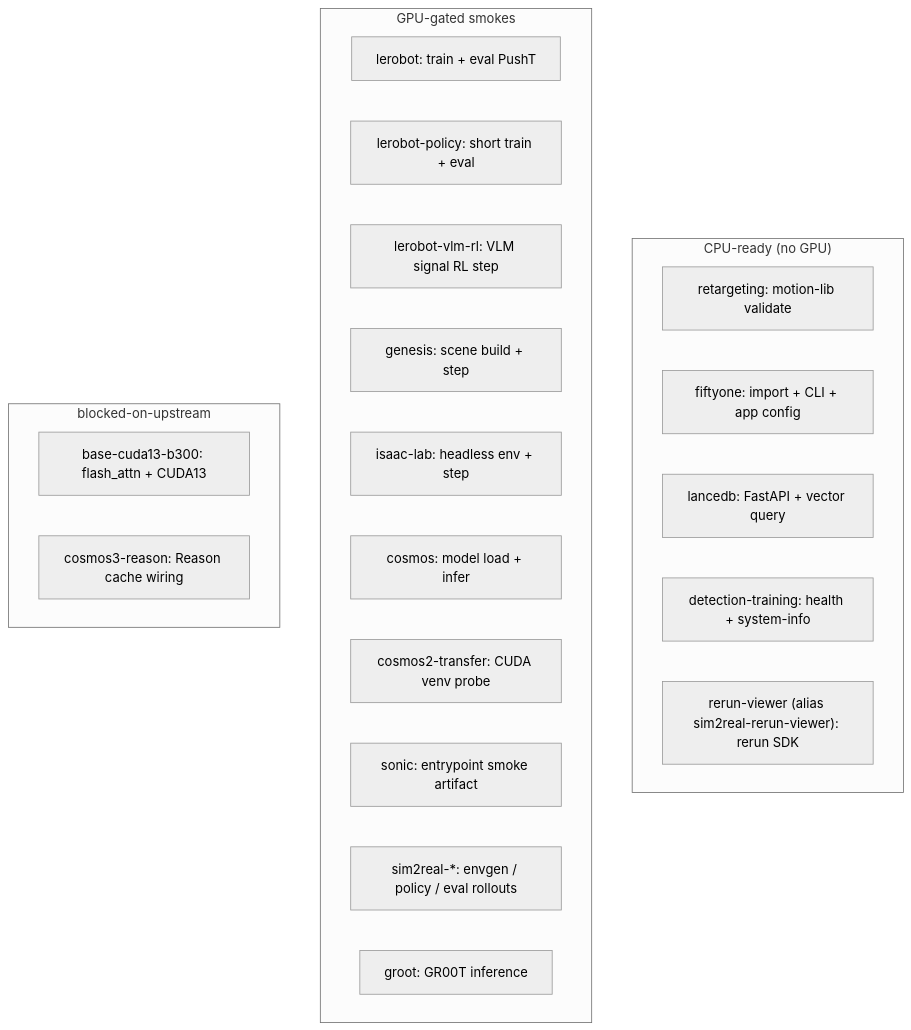
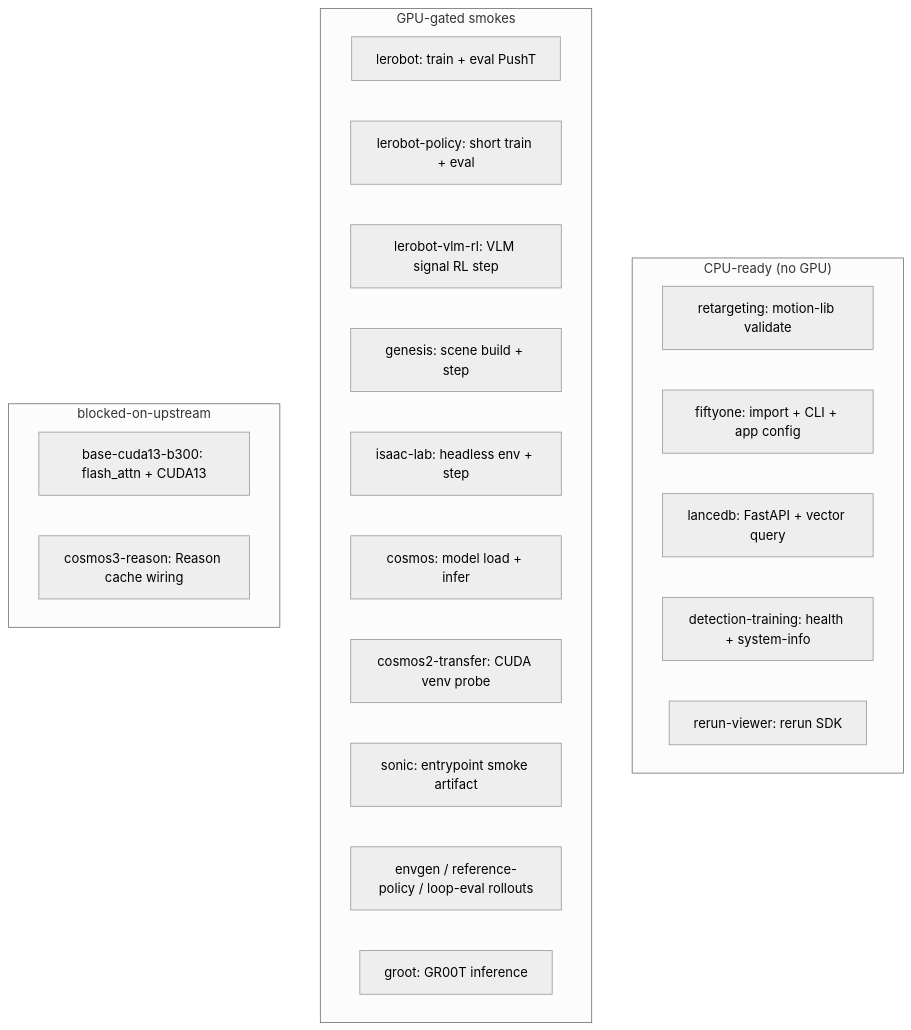
Before and after one commit to nebius/nebius-physical-ai: the diagram in docs/security/container-golden-evals.md, drawn with Mermaid (neutral theme). The commit also changed other lines of this file and 33 other files, not shown here.

First line of the commit message:
Rename sim2real-prefixed workbench images to shorter registry names

````diff
--- a/docs/security/container-golden-evals.md
+++ b/docs/security/container-golden-evals.md
@@ -65,26 +65,26 @@
 ```mermaid
 flowchart TB
   subgraph cpu_ready["CPU-ready (no GPU)"]
     retargeting["retargeting: motion-lib validate"]
     fiftyone["fiftyone: import + CLI + app config"]
     lancedb["lancedb: FastAPI + vector query"]
     det_train["detection-training: health + system-info"]
-    rerun["rerun-viewer (alias sim2real-rerun-viewer): rerun SDK"]
+    rerun["rerun-viewer: rerun SDK"]
   end
   subgraph gpu_gated["GPU-gated smokes"]
     lerobot["lerobot: train + eval PushT"]
     policy["lerobot-policy: short train + eval"]
     vlm["lerobot-vlm-rl: VLM signal RL step"]
     genesis["genesis: scene build + step"]
     isaac["isaac-lab: headless env + step"]
     cosmos["cosmos: model load + infer"]
     transfer["cosmos2-transfer: CUDA venv probe"]
     sonic["sonic: entrypoint smoke artifact"]
-    s2r["sim2real-*: envgen / policy / eval rollouts"]
+    s2r["envgen / reference-policy / loop-eval rollouts"]
     groot["groot: GR00T inference"]
   end
   subgraph blocked["blocked-on-upstream"]
     b300["base-cuda13-b300: flash_attn + CUDA13"]
     reason["cosmos3-reason: Reason cache wiring"]
   end
 ```
````
